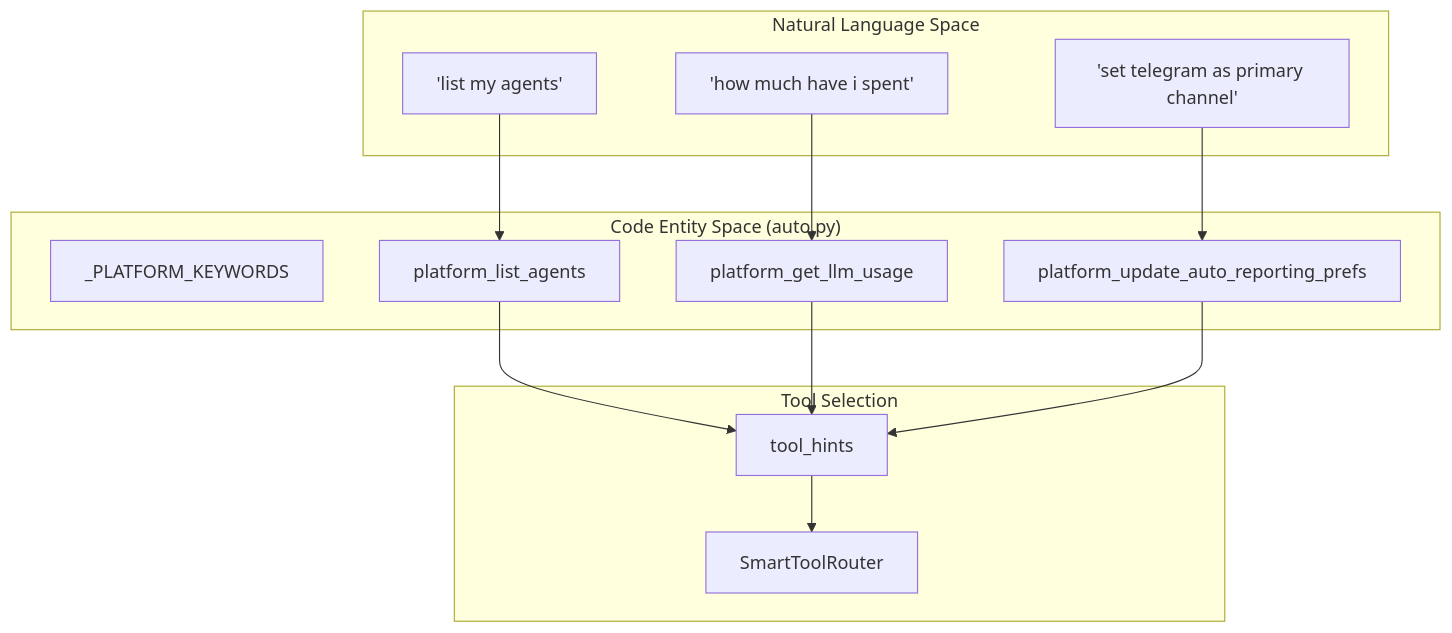
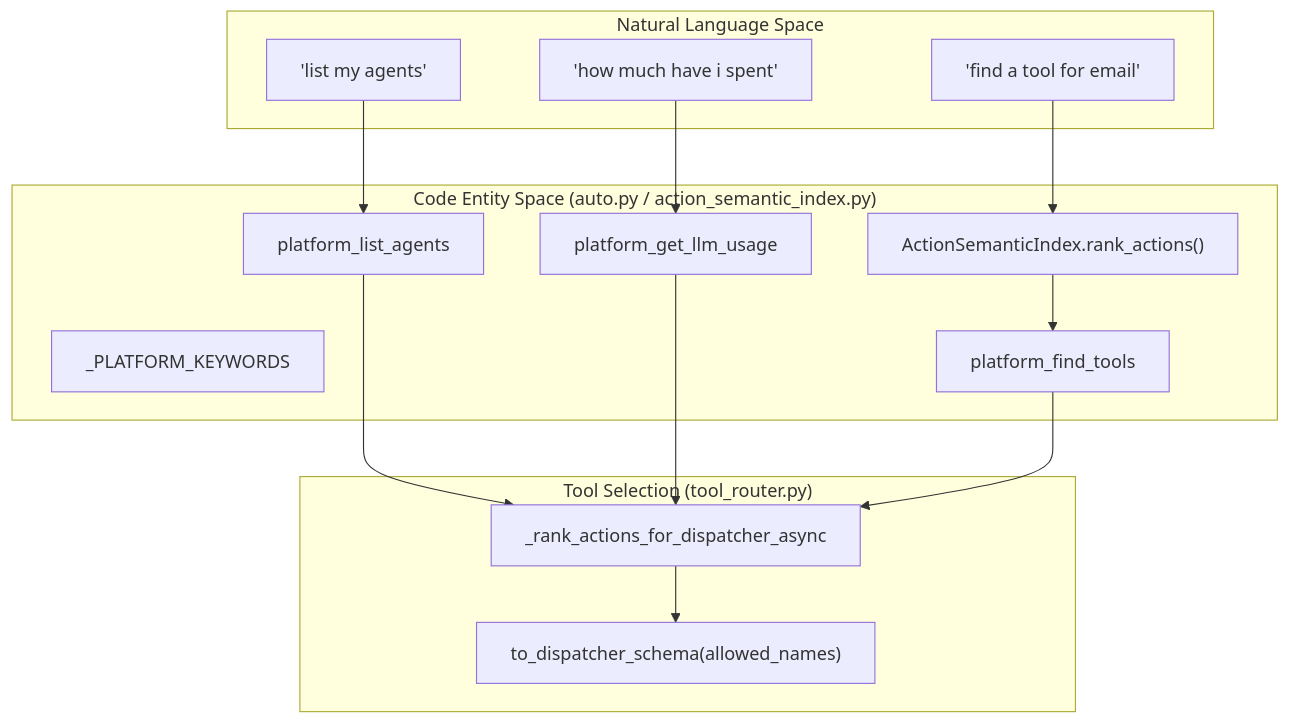
One commit to AutomatosAI/automatos-ai changed the third of 3 diagrams in docs/platform-actions/platform-action-system.md. Above: the diagram before and after it, drawn with Mermaid. The commit also changed other lines of this file and 191 other files, not shown here.

````diff
--- a/docs/platform-actions/platform-action-system.md
+++ b/docs/platform-actions/platform-action-system.md
@@ -149,30 +173,32 @@
 ```mermaid
 graph TD
     subgraph "Natural Language Space"
         Q1["'list my agents'"]
         Q2["'how much have i spent'"]
-        Q3["'set telegram as primary channel'"]
+        Q3["'find a tool for email'"]
     end
 
-    subgraph "Code Entity Space (auto.py)"
+    subgraph "Code Entity Space (auto.py / action_semantic_index.py)"
         Keywords["_PLATFORM_KEYWORDS"]
+        SemIndex["ActionSemanticIndex.rank_actions()"]
         Match1["platform_list_agents"]
         Match2["platform_get_llm_usage"]
-        Match3["platform_update_auto_reporting_prefs"]
+        Match3["platform_find_tools"]
     end
 
-    subgraph "Tool Selection"
-        Router["SmartToolRouter"]
-        Hints["tool_hints"]
+    subgraph "Tool Selection (tool_router.py)"
+        Router["_rank_actions_for_dispatcher_async"]
+        Schema["to_dispatcher_schema(allowed_names)"]
     end
 
     Q1 --> Match1
     Q2 --> Match2
-    Q3 --> Match3
+    Q3 --> SemIndex
     
-    Match1 --> Hints
-    Match2 --> Hints
-    Match3 --> Hints
+    Match1 --> Router
+    Match2 --> Router
+    SemIndex --> Match3
+    Match3 --> Router
     
-    Hints --> Router
+    Router --> Schema
 ```
````
